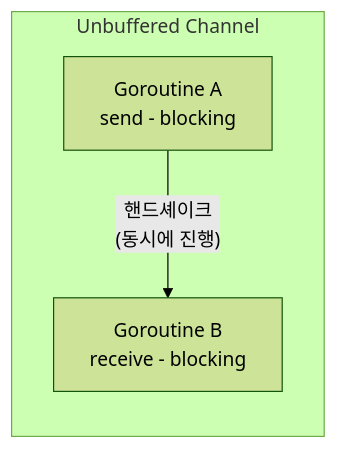
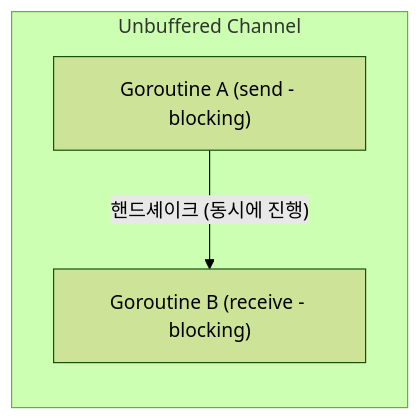
One commit to kenshin579/blog-v2.advenoh.pe.kr changed the first of 2 diagrams in contents/go/golang-concurrency-2-channel-완전-정복/index.md. Above: the diagram before and after it, drawn with Mermaid (forest theme). The commit also changed other lines of this file and 80 other files, not shown here.

````diff
--- a/contents/go/golang-concurrency-2-channel-완전-정복/index.md
+++ b/contents/go/golang-concurrency-2-channel-완전-정복/index.md
@@ -84,6 +84,6 @@
 ```mermaid
 graph LR
     subgraph "Unbuffered Channel"
-        GA[Goroutine A<br/>send - blocking] -- "핸드셰이크<br/>(동시에 진행)" --> GB[Goroutine B<br/>receive - blocking]
+        GA["Goroutine A (send - blocking)"] -- "핸드셰이크 (동시에 진행)" --> GB["Goroutine B (receive - blocking)"]
     end
 ```
````
